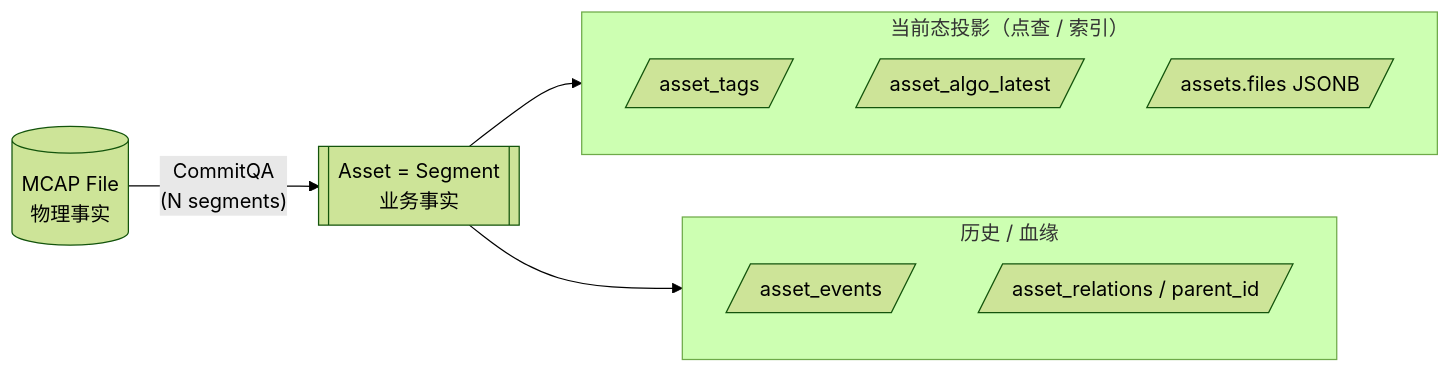
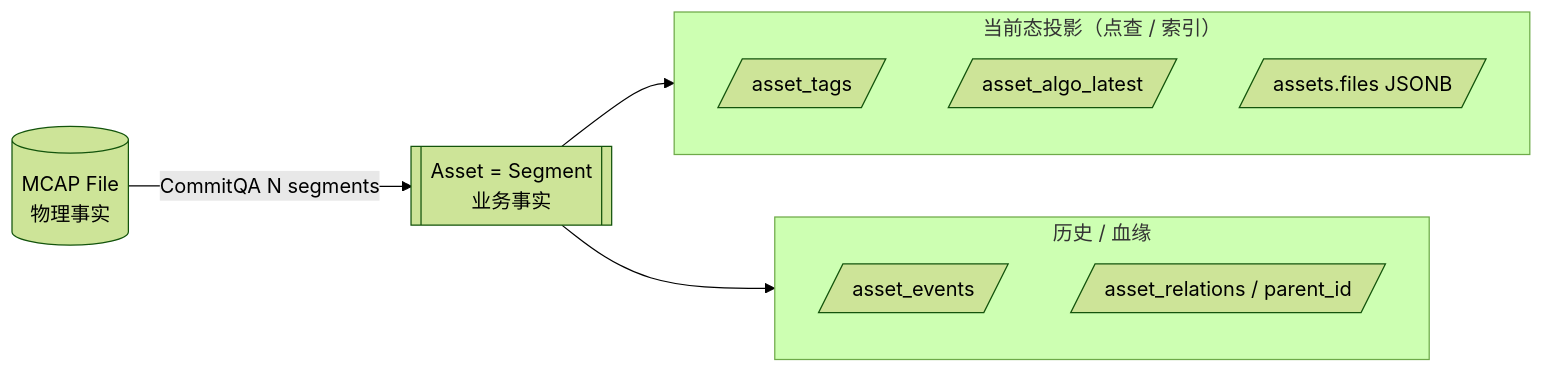
One commit to rouse2617/Databricks4robot changed the second of 11 diagrams in docs/review/data-platform-design.md. Above: the diagram before and after it, drawn with Mermaid (forest theme). The commit also changed other lines of this file and 1 other file, not shown here.

````diff
--- a/docs/review/data-platform-design.md
+++ b/docs/review/data-platform-design.md
@@ -149,18 +168,18 @@
 ```mermaid
 flowchart LR
-    MCAP[("MCAP File<br/>物理事实")] -- "CommitQA<br/>(N segments)" --> Asset[["Asset = Segment<br/>业务事实"]]
+    MCAP[(MCAP File<br>物理事实)] -->|CommitQA N segments| Asset[[Asset = Segment<br>业务事实]]
 
-    subgraph Cur["当前态投影（点查 / 索引）"]
+    subgraph Cur[当前态投影（点查 / 索引）]
         Tags[/"asset_tags"/]
         Algo[/"asset_algo_latest"/]
         Files[/"assets.files JSONB"/]
     end
 
-    subgraph Hist["历史 / 血缘"]
+    subgraph Hist[历史 / 血缘]
         Events[/"asset_events"/]
         Relations[/"asset_relations / parent_id"/]
     end
 
     Asset --> Cur
     Asset --> Hist
 ```
````
